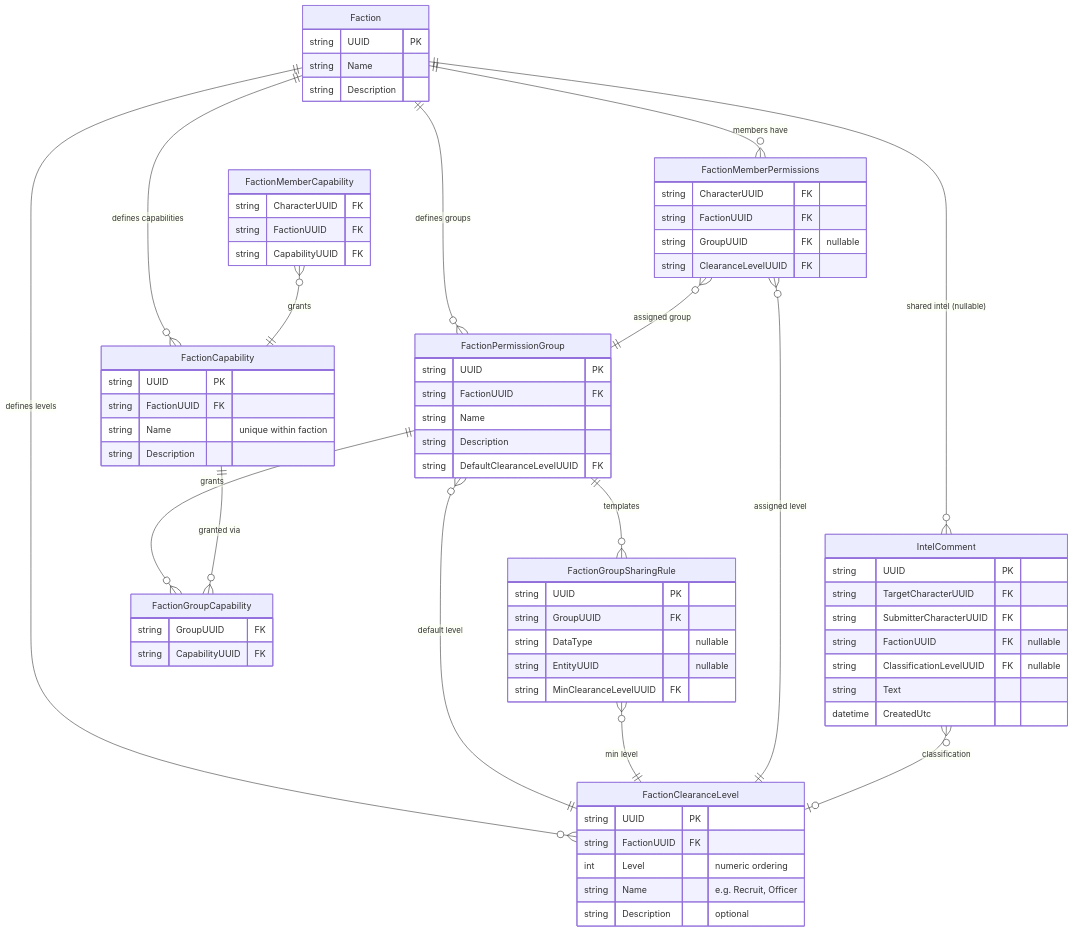
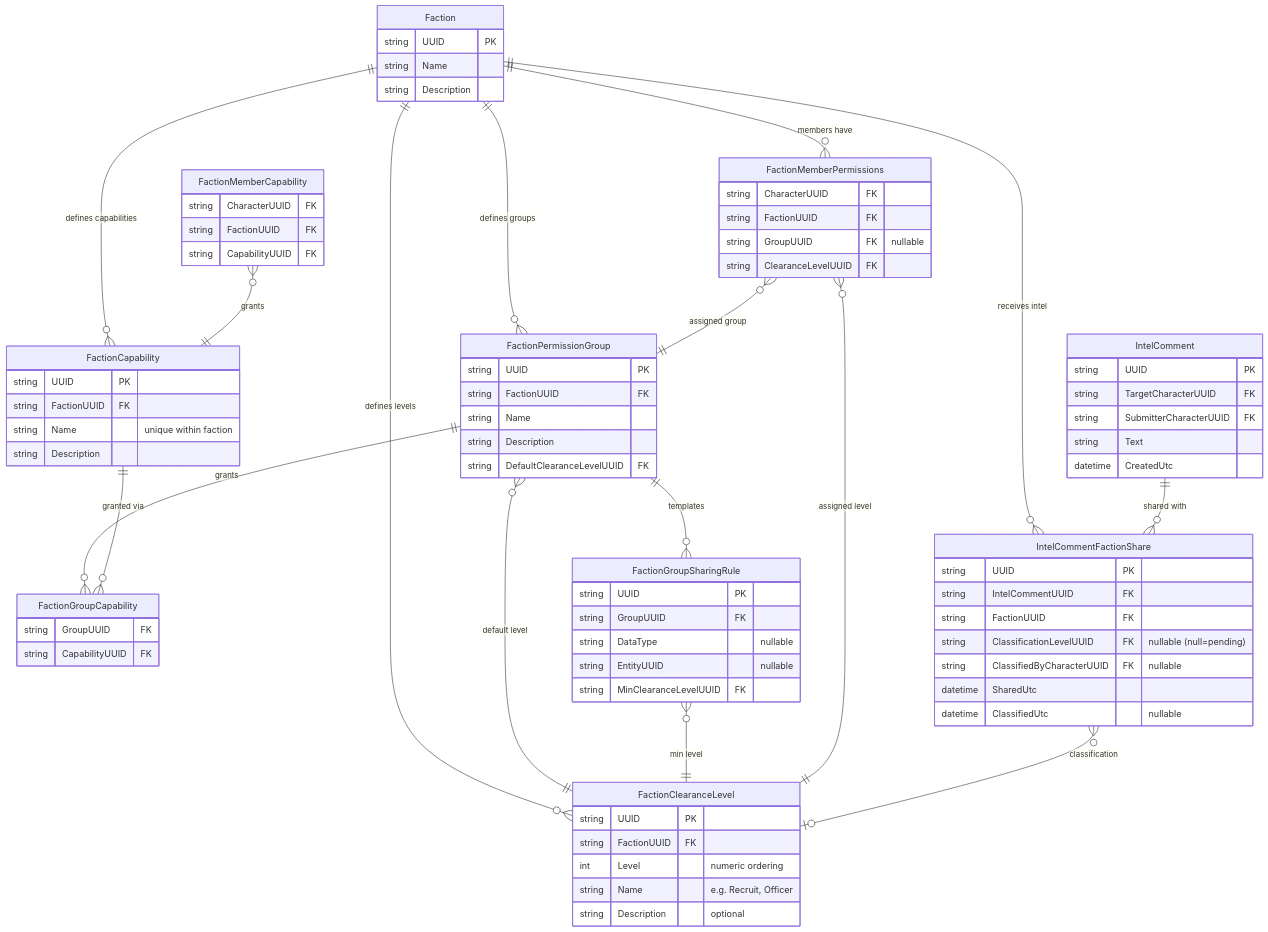
The first of 2 diagrams in .kiro/specs/faction-server-expanded-permissions/design.md (scalorn/OuterEmpires2EmpireTracker), drawn with Mermaid before and after one commit. The commit also changed other lines of this file and 1 other file, not shown here.

First line of the commit message:
Redesign IntelComment: multi-faction sharing with classification review workflow

````diff
--- a/.kiro/specs/faction-server-expanded-permissions/design.md
+++ b/.kiro/specs/faction-server-expanded-permissions/design.md
@@ -256,7 +267,6 @@
     Faction ||--o{ FactionCapability : "defines capabilities"
     Faction ||--o{ FactionPermissionGroup : "defines groups"
     Faction ||--o{ FactionMemberPermissions : "members have"
-    Faction ||--o{ IntelComment : "shared intel (nullable)"
 
     FactionClearanceLevel {
         string UUID PK
@@ -323,11 +333,21 @@
         string UUID PK
         string TargetCharacterUUID FK
         string SubmitterCharacterUUID FK
-        string FactionUUID FK "nullable"
-        string ClassificationLevelUUID FK "nullable"
         string Text
         datetime CreatedUtc
     }
 
-    IntelComment }o--o| FactionClearanceLevel : "classification"
+    IntelCommentFactionShare {
+        string UUID PK
+        string IntelCommentUUID FK
+        string FactionUUID FK
+        string ClassificationLevelUUID FK "nullable (null=pending)"
+        string ClassifiedByCharacterUUID FK "nullable"
+        datetime SharedUtc
+        datetime ClassifiedUtc "nullable"
+    }
+
+    Faction ||--o{ IntelCommentFactionShare : "receives intel"
+    IntelComment ||--o{ IntelCommentFactionShare : "shared with"
+    IntelCommentFactionShare }o--o| FactionClearanceLevel : "classification"
 ```
````
